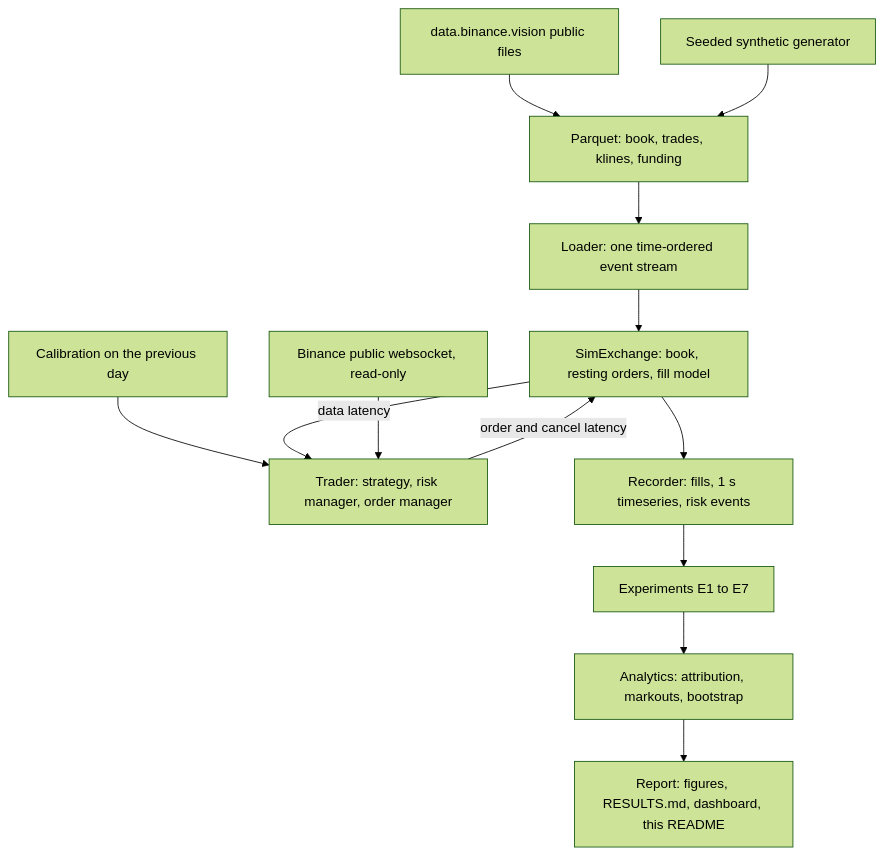
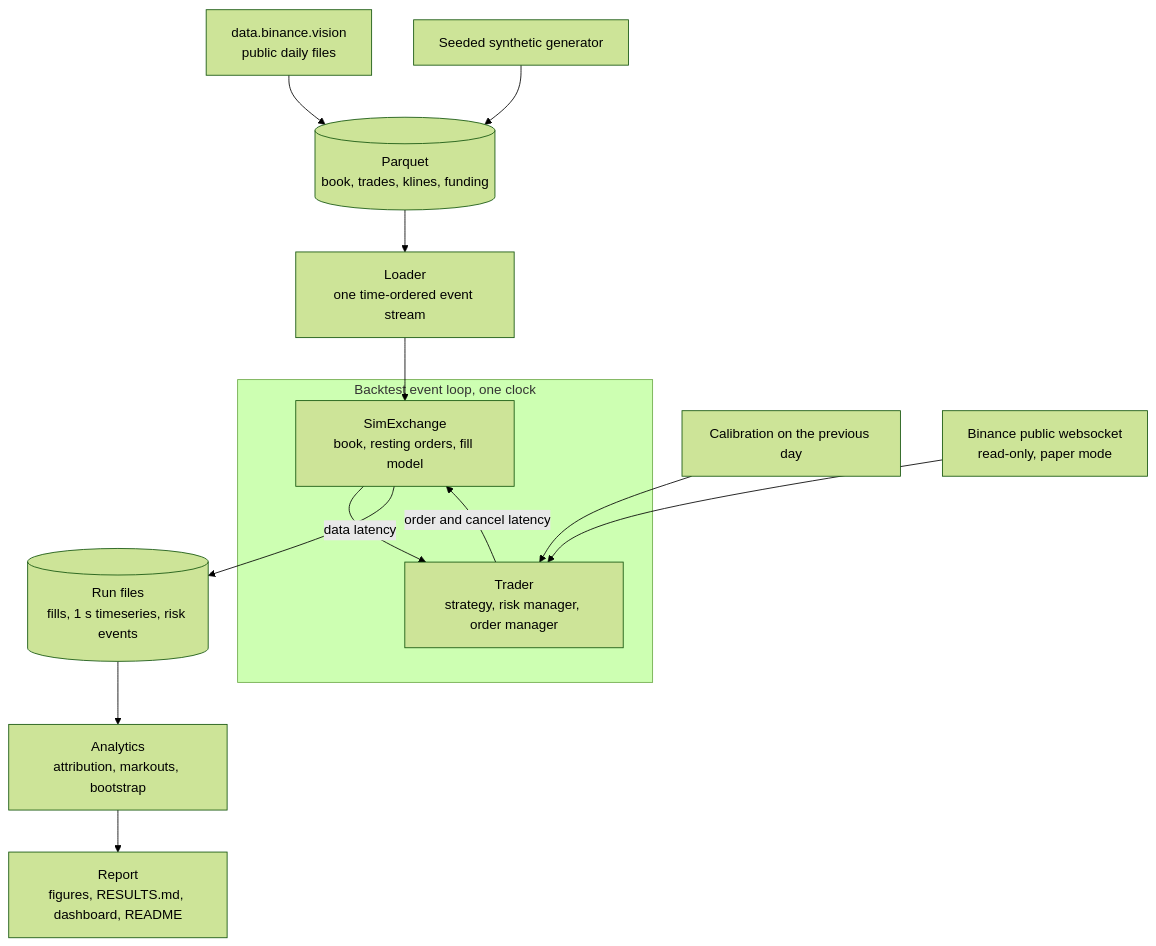
Before and after one commit to true-ali/quotelab: the diagram in README.md, drawn with Mermaid (forest theme). The commit also changed other lines of this file and 30 other files, not shown here.

First line of the commit message:
Restructure both READMEs and sharpen report figures

````diff
--- a/README.md
+++ b/README.md
@@ -55,15 +230,18 @@
 ```mermaid
 flowchart TD
-    A["data.binance.vision public files"] --> C["Parquet: book, trades, klines, funding"]
+    A["data.binance.vision<br/>public daily files"] --> C[("Parquet<br/>book, trades, klines, funding")]
     B["Seeded synthetic generator"] --> C
-    C --> D["Loader: one time-ordered event stream"]
+    C --> D["Loader<br/>one time-ordered event stream"]
+    D --> X
+    subgraph loop ["Backtest event loop, one clock"]
+        X["SimExchange<br/>book, resting orders, fill model"]
+        T["Trader<br/>strategy, risk manager, order manager"]
+        X -- "data latency" --> T
+        T -- "order and cancel latency" --> X
+    end
     K["Calibration on the previous day"] --> T
-    D --> X["SimExchange: book, resting orders, fill model"]
-    X -- "data latency" --> T["Trader: strategy, risk manager, order manager"]
-    T -- "order and cancel latency" --> X
-    X --> R["Recorder: fills, 1 s timeseries, risk events"]
-    R --> E["Experiments E1 to E7"]
-    E --> N["Analytics: attribution, markouts, bootstrap"]
-    N --> P["Report: figures, RESULTS.md, dashboard, this README"]
-    W["Binance public websocket, read-only"] --> T
+    W["Binance public websocket<br/>read-only, paper mode"] --> T
+    X --> R[("Run files<br/>fills, 1 s timeseries, risk events")]
+    R --> N["Analytics<br/>attribution, markouts, bootstrap"]
+    N --> P["Report<br/>figures, RESULTS.md, dashboard, README"]
 ```
````
